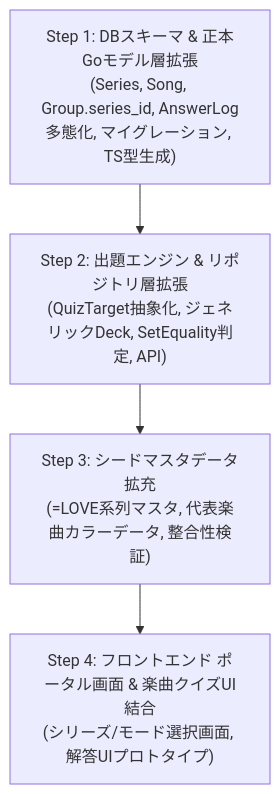
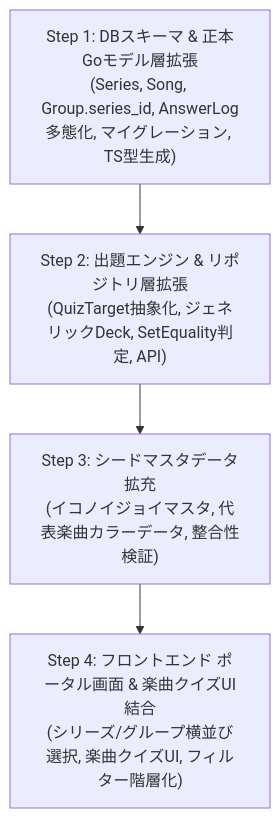
Before and after one commit to AobaIwaki123/penlight-v2: the first of 2 diagrams in docs/notes/09_multi_series_and_song_quiz_roadmap.md, drawn with Mermaid. The commit also changed other lines of this file and 7 other files, not shown here.

First line of the commit message:
docs: update note09 roadmap to completed and synchronize ADRs with UI decisions (#29)

````diff
--- a/docs/notes/09_multi_series_and_song_quiz_roadmap.md
+++ b/docs/notes/09_multi_series_and_song_quiz_roadmap.md
@@ -67,11 +61,11 @@
 ```mermaid
 flowchart TD
     Step1["Step 1: DBスキーマ & 正本Goモデル層拡張<br/>(Series, Song, Group.series_id, AnswerLog多態化, マイグレーション, TS型生成)"]
     Step2["Step 2: 出題エンジン & リポジトリ層拡張<br/>(QuizTarget抽象化, ジェネリックDeck, SetEquality判定, API)"]
-    Step3["Step 3: シードマスタデータ拡充<br/>(=LOVE系列マスタ, 代表楽曲カラーデータ, 整合性検証)"]
-    Step4["Step 4: フロントエンド ポータル画面 & 楽曲クイズUI結合<br/>(シリーズ/モード選択画面, 解答UIプロトタイプ)"]
+    Step3["Step 3: シードマスタデータ拡充<br/>(イコノイジョイマスタ, 代表楽曲カラーデータ, 整合性検証)"]
+    Step4["Step 4: フロントエンド ポータル画面 & 楽曲クイズUI結合<br/>(シリーズ/グループ横並び選択, 楽曲クイズUI, フィルター階層化)"]
 
     Step1 --> Step2
     Step2 --> Step3
     Step3 --> Step4
 ```
````
